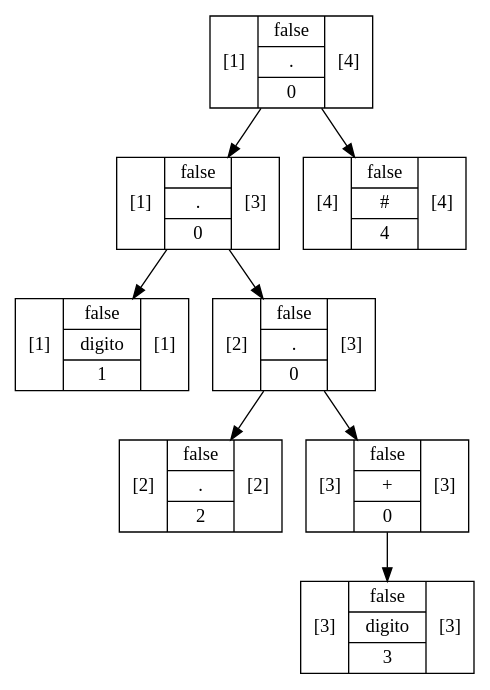
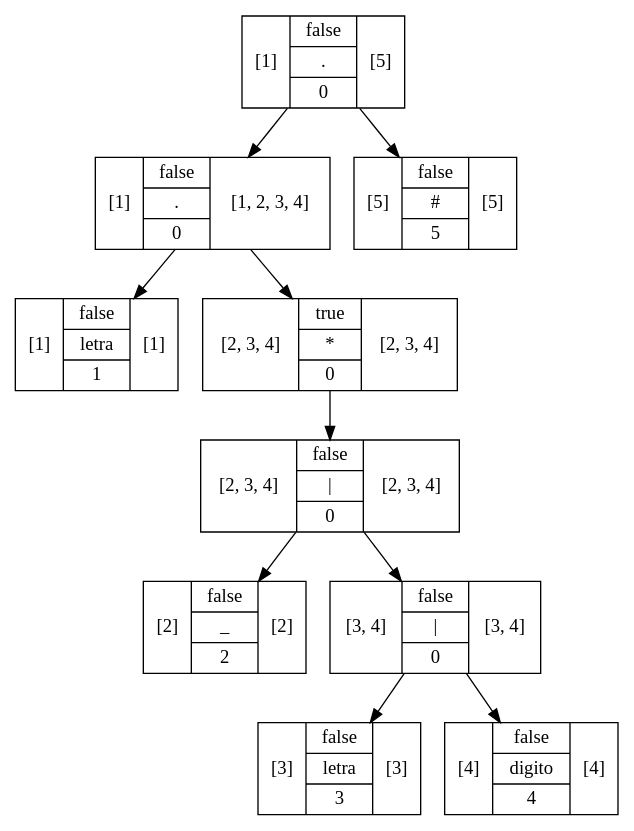
Before and after one commit to RojasCJP/Proyecto1_Compi1: the diagram in out/production/Proyecto1/Graphviz/Arbol0.dot, drawn with Graphviz. The commit also changed 276 other files, not shown here.

```diff
--- a/out/production/Proyecto1/Graphviz/Arbol0.dot
+++ b/out/production/Proyecto1/Graphviz/Arbol0.dot
@@ -1,17 +1,21 @@
 digraph structs {
-    node [shape=record];ArbolNodoMetodo75295ab8[label="[1]|{false|{digito}|1}|[1]"];
-ArbolNodoMetodo63fb7898[label="[2]|{false|{.}|2}|[2]"];
-ArbolNodoMetodo449b690b[label="[3]|{false|{digito}|3}|[3]"];
-ArbolNodoMetodo3368db1[label="[3]|{false|{+}|0}|[3]"];
-ArbolNodoMetodo3368db1 -> ArbolNodoMetodo449b690b;
-ArbolNodoMetodo3cf5ebf5[label="[2]|{false|{.}|0}|[3]"];
-ArbolNodoMetodo3cf5ebf5 -> ArbolNodoMetodo63fb7898;
-ArbolNodoMetodo3cf5ebf5 -> ArbolNodoMetodo3368db1;
-ArbolNodoMetodo4726b4b[label="[1]|{false|{.}|0}|[3]"];
-ArbolNodoMetodo4726b4b -> ArbolNodoMetodo75295ab8;
-ArbolNodoMetodo4726b4b -> ArbolNodoMetodo3cf5ebf5;
-ArbolNodoMetodo1bbe99ff[label="[4]|{false|{#}|4}|[4]"];
-ArbolNodoMetodo2c52d43c[label="[1]|{false|{.}|0}|[4]"];
-ArbolNodoMetodo2c52d43c -> ArbolNodoMetodo4726b4b;
-ArbolNodoMetodo2c52d43c -> ArbolNodoMetodo1bbe99ff;
+    node [shape=record];ArbolNodoMetodo6b2ed8a1[label="[1]|{false|{letra}|1}|[1]"];
+ArbolNodoMetodo5e6b6623[label="[2]|{false|{_}|2}|[2]"];
+ArbolNodoMetodo1b98c5de[label="[3]|{false|{letra}|3}|[3]"];
+ArbolNodoMetodo1a0d5c69[label="[4]|{false|{digito}|4}|[4]"];
+ArbolNodoMetodo77b7459[label="[3, 4]|{false|{\|}|0}|[3, 4]"];
+ArbolNodoMetodo77b7459 -> ArbolNodoMetodo1b98c5de;
+ArbolNodoMetodo77b7459 -> ArbolNodoMetodo1a0d5c69;
+ArbolNodoMetodo2a450eb[label="[2, 3, 4]|{false|{\|}|0}|[2, 3, 4]"];
+ArbolNodoMetodo2a450eb -> ArbolNodoMetodo5e6b6623;
+ArbolNodoMetodo2a450eb -> ArbolNodoMetodo77b7459;
+ArbolNodoMetodo5f4fc354[label="[2, 3, 4]|{true|{*}|0}|[2, 3, 4]"];
+ArbolNodoMetodo5f4fc354 -> ArbolNodoMetodo2a450eb;
+ArbolNodoMetodo2f5122c0[label="[1]|{false|{.}|0}|[1, 2, 3, 4]"];
+ArbolNodoMetodo2f5122c0 -> ArbolNodoMetodo6b2ed8a1;
+ArbolNodoMetodo2f5122c0 -> ArbolNodoMetodo5f4fc354;
+ArbolNodoMetodo735442cf[label="[5]|{false|{#}|5}|[5]"];
+ArbolNodoMetodo53d77746[label="[1]|{false|{.}|0}|[5]"];
+ArbolNodoMetodo53d77746 -> ArbolNodoMetodo2f5122c0;
+ArbolNodoMetodo53d77746 -> ArbolNodoMetodo735442cf;
 }
```
